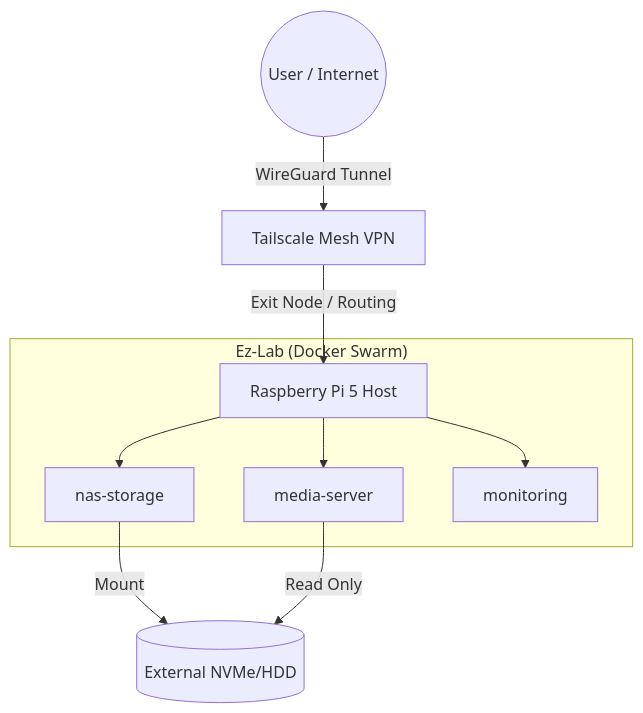
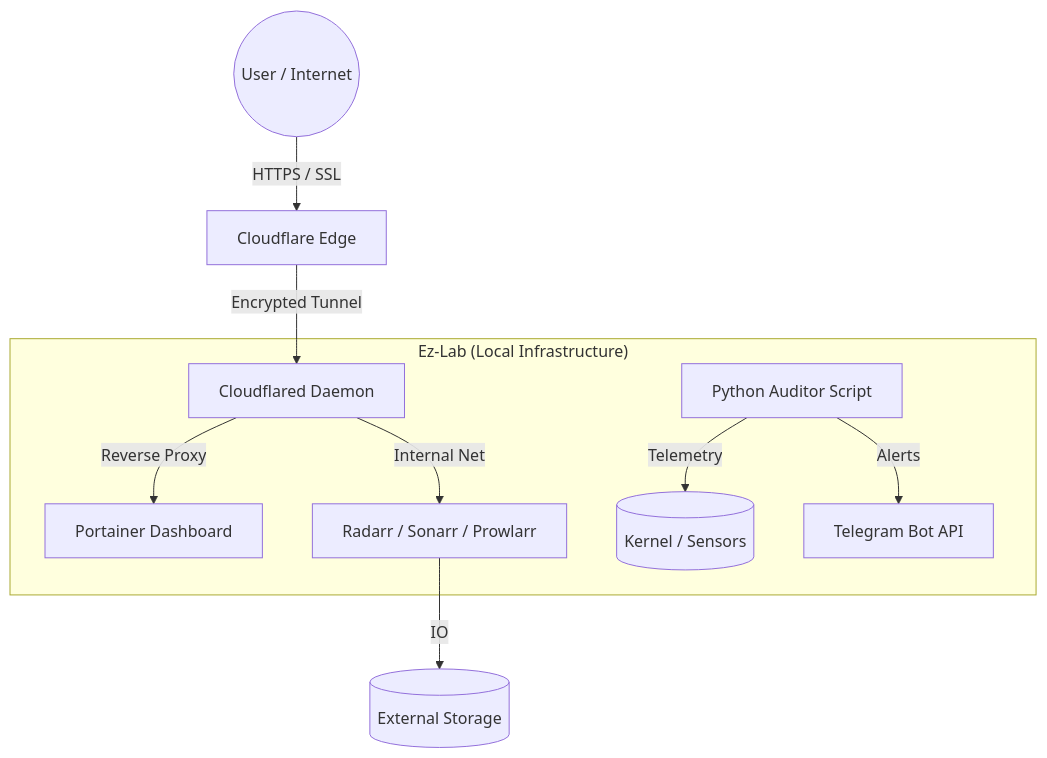
One commit to ezequieldlv/ez-lab changed the diagram in README.md. Above: the diagram before and after it, drawn with Mermaid. The commit also changed other lines of this file and 3 other files, not shown here.

````diff
--- a/README.md
+++ b/README.md
@@ -15,14 +16,15 @@
 ```mermaid
 graph TD
-    User((User / Internet)) -->|WireGuard Tunnel| Tailscale[Tailscale Mesh VPN]
-    Tailscale -->|Exit Node / Routing| RPi[Raspberry Pi 5 Host]
+    User((User / Internet)) -->|HTTPS / SSL| Cloudflare[Cloudflare Edge]
+    Cloudflare -->|Encrypted Tunnel| Cloudflared[Cloudflared Daemon]
     
-    subgraph "Ez-Lab (Docker Swarm)"
-        RPi --> Jellyfin[media-server]
-        RPi --> Samba[nas-storage]
-        RPi --> Portainer[monitoring]
+    subgraph "Ez-Lab (Local Infrastructure)"
+        Cloudflared -->|Reverse Proxy| Portainer[Portainer Dashboard]
+        Cloudflared -->|Internal Net| ArrStack[Radarr / Sonarr / Prowlarr]
+        
+        Auditor[Python Auditor Script] -->|Telemetry| OS[(Kernel / Sensors)]
+        Auditor -->|Alerts| Telegram[Telegram Bot API]
     end
     
-    Samba -->|Mount| HDD[(External NVMe/HDD)]
-    Jellyfin -->|Read Only| HDD
+    ArrStack -->|IO| HDD[(External Storage)]
 ```
````
